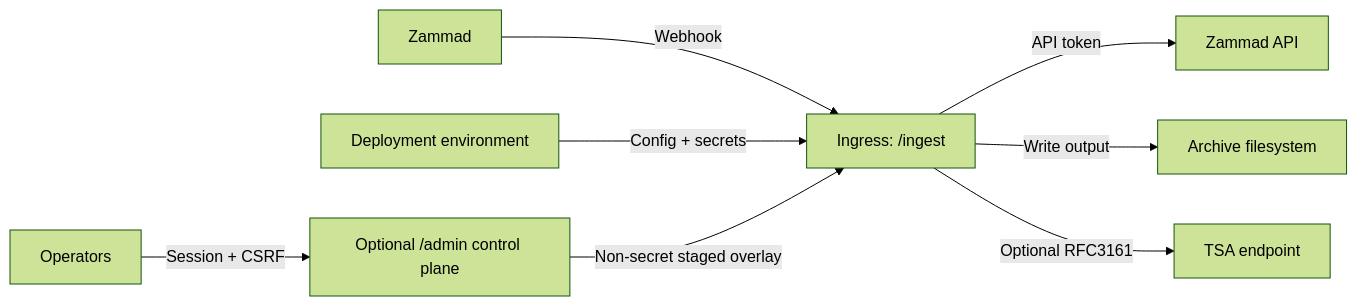
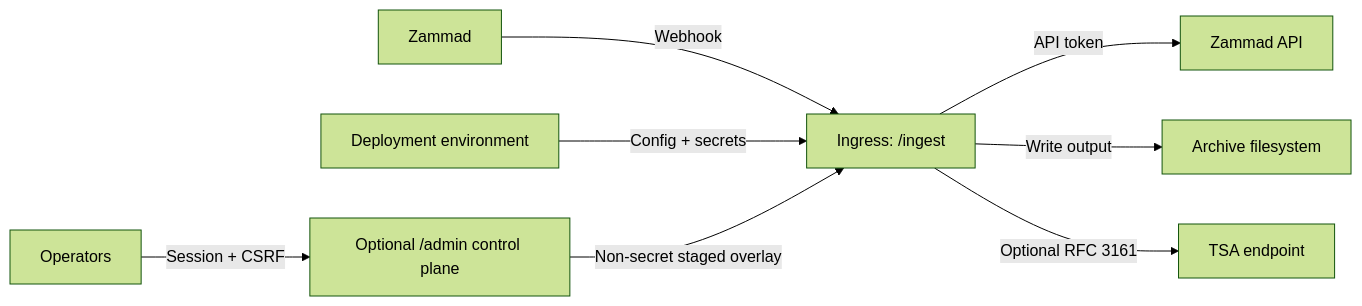
The diagram in docs/09-security.md (sebastianspicker/chronikwerk), drawn with Mermaid (forest theme) before and after one commit. The commit also changed other lines of this file and 224 other files, not shown here.

````diff
--- a/docs/09-security.md
+++ b/docs/09-security.md
@@ -7,10 +8,10 @@
 ```mermaid
 flowchart LR
   Z["Zammad"] -->|"Webhook"| I["Ingress: /ingest"]
   OP["Operators"] -->|"Session + CSRF"| A["Optional /admin control plane"]
   DEP["Deployment environment"] -->|"Config + secrets"| I
   A -->|"Non-secret staged overlay"| I
   I -->|"API token"| ZA["Zammad API"]
   I -->|"Write output"| FS["Archive filesystem"]
-  I -->|"Optional RFC3161"| TSA["TSA endpoint"]
+  I -->|"Optional RFC 3161"| TSA["TSA endpoint"]
 ```
````
